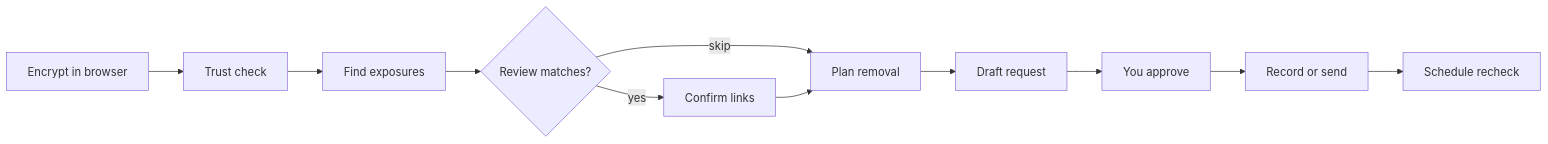
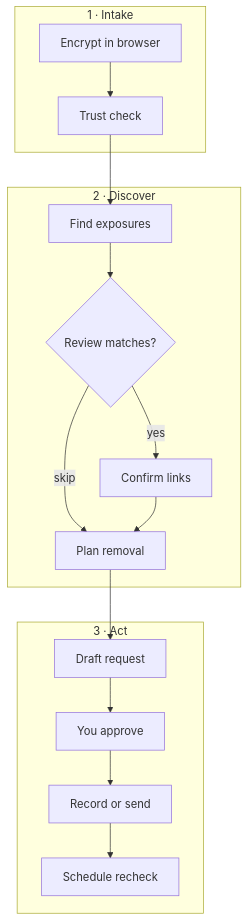
Before and after one commit to thomasjvu/oblivion: the diagram in docs/src/docs/content/user-guide/templates.md, drawn with Mermaid. The commit also changed 19 other files, not shown here.

First line of the commit message:
docs: code-block footer path, spin ring, readable mermaid diagrams

````diff
--- a/docs/src/docs/content/user-guide/templates.md
+++ b/docs/src/docs/content/user-guide/templates.md
@@ -7,13 +7,21 @@
 ```mermaid
-flowchart LR
-  A[Encrypt in browser] --> B[Trust check]
-  B --> C[Find exposures]
-  C --> D{Review matches?}
-  D -->|yes| E[Confirm links]
-  D -->|skip| F[Plan removal]
-  E --> F
-  F --> G[Draft request]
-  G --> H[You approve]
-  H --> I[Record or send]
-  I --> J[Schedule recheck]
+flowchart TB
+  subgraph intake["1 · Intake"]
+    A[Encrypt in browser] --> B[Trust check]
+  end
+
+  subgraph discover["2 · Discover"]
+    B --> C[Find exposures]
+    C --> D{Review matches?}
+    D -->|yes| E[Confirm links]
+    D -->|skip| F[Plan removal]
+    E --> F
+  end
+
+  subgraph act["3 · Act"]
+    F --> G[Draft request]
+    G --> H[You approve]
+    H --> I[Record or send]
+    I --> J[Schedule recheck]
+  end
 ```
````
